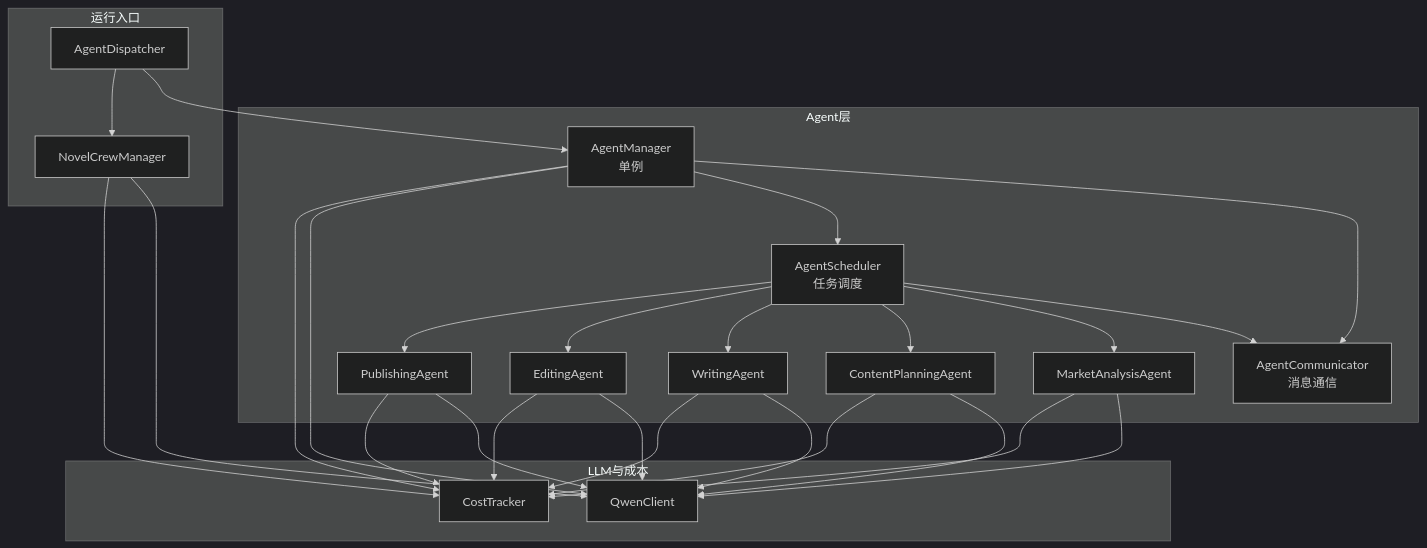
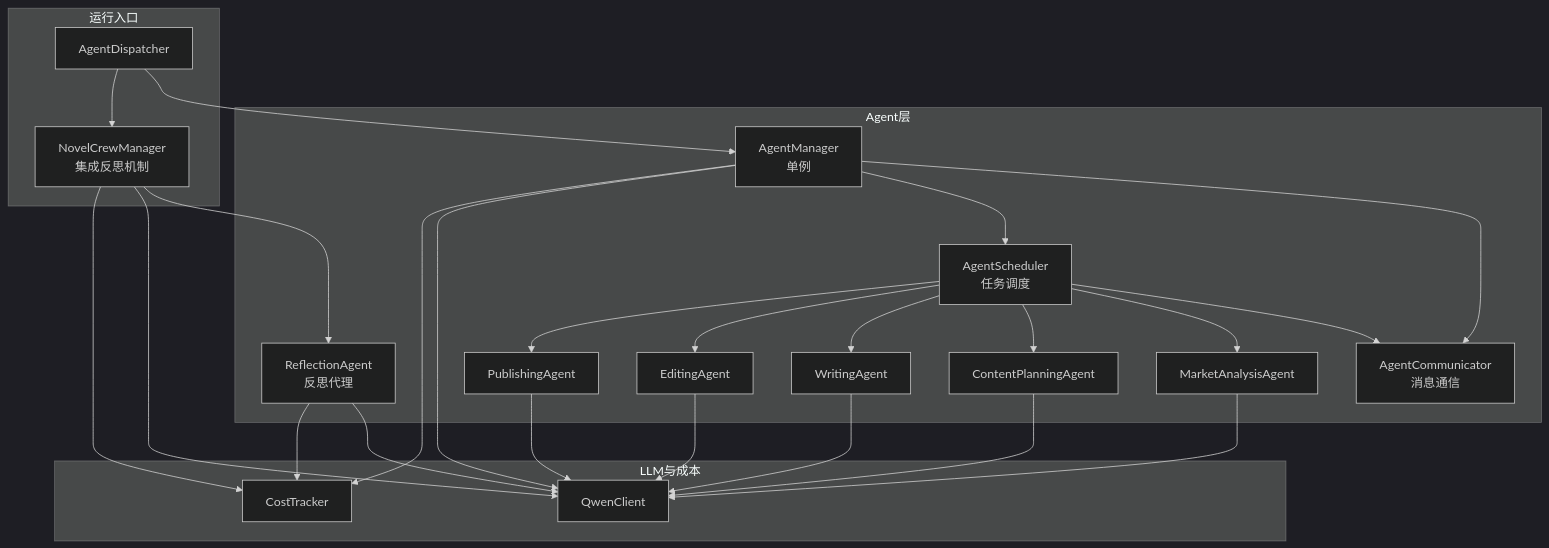
The first of 11 diagrams in .qoder/repowiki/zh/content/AI智能体系统/Agent管理器核心.md (xfbyxq/ai-novel-system), drawn with Mermaid (dark theme) before and after one commit. The commit also changed other lines of this file and 11 other files, not shown here.

````diff
--- a/.qoder/repowiki/zh/content/AI智能体系统/Agent管理器核心.md
+++ b/.qoder/repowiki/zh/content/AI智能体系统/Agent管理器核心.md
@@ -49,45 +59,44 @@
 ```mermaid
 graph TB
 subgraph "Agent层"
 AM["AgentManager<br/>单例"]
 AS["AgentScheduler<br/>任务调度"]
 AC["AgentCommunicator<br/>消息通信"]
 MA["MarketAnalysisAgent"]
 CPA["ContentPlanningAgent"]
 WA["WritingAgent"]
 EA["EditingAgent"]
 PA["PublishingAgent"]
+RA["ReflectionAgent<br/>反思代理"]
 end
 subgraph "LLM与成本"
 QC["QwenClient"]
 CT["CostTracker"]
 end
 subgraph "运行入口"
 AD["AgentDispatcher"]
-CM["NovelCrewManager"]
+CM["NovelCrewManager<br/>集成反思机制"]
 end
 AM --> AC
 AM --> AS
 AM --> QC
 AM --> CT
 AS --> AC
 AS --> MA
 AS --> CPA
 AS --> WA
 AS --> EA
 AS --> PA
 MA --> QC
 CPA --> QC
 WA --> QC
 EA --> QC
 PA --> QC
-MA --> CT
-CPA --> CT
-WA --> CT
-EA --> CT
-PA --> CT
+RA --> QC
+RA --> CT
+CM --> RA
+CM --> QC
+CM --> CT
 AD --> AM
 AD --> CM
-CM --> QC
-CM --> CT
 ```
````
